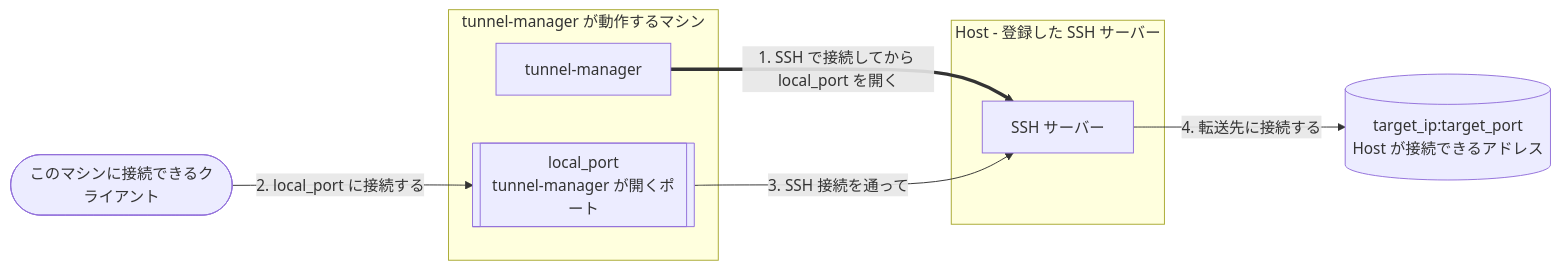
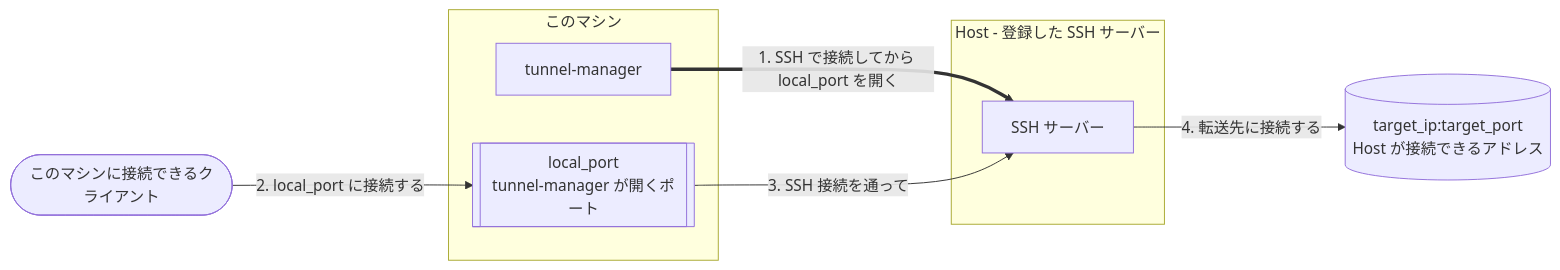
One commit to jollaman999/tunnel-manager changed the second of 3 diagrams in docs/reference.ja.md. Above: the diagram before and after it, drawn with Mermaid. The commit also changed other lines of this file and 3 other files, not shown here.

````diff
--- a/docs/reference.ja.md
+++ b/docs/reference.ja.md
@@ -278,17 +278,17 @@
 ```mermaid
 flowchart LR
     client(["このマシンに接続できるクライアント"])
-    subgraph here ["tunnel-manager が動作するマシン"]
+    subgraph here ["このマシン"]
         port[["local_port<br/>tunnel-manager が開くポート"]]
         tm["tunnel-manager"]
     end
     subgraph host ["Host - 登録した SSH サーバー"]
         sshd["SSH サーバー"]
     end
     target[("target_ip:target_port<br/>Host が接続できるアドレス")]
 
     tm ==>|"1. SSH で接続してから local_port を開く"| sshd
     client -->|"2. local_port に接続する"| port
     port -->|"3. SSH 接続を通って"| sshd
     sshd -->|"4. 転送先に接続する"| target
 ```
````
